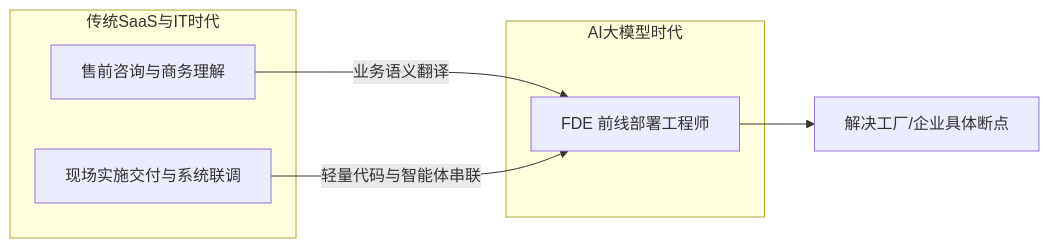
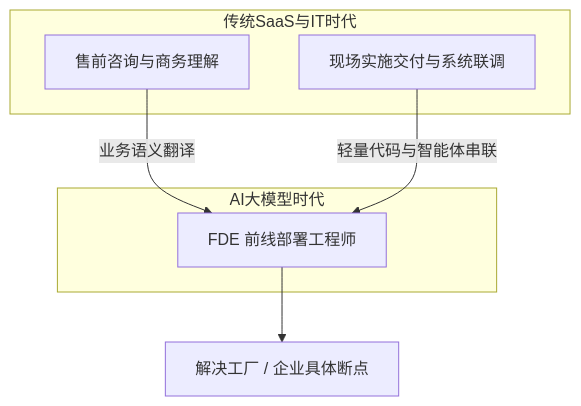
Before and after one commit to dollarser/knowledge: the first of 2 diagrams in content/live-20261102-01.md, drawn with Mermaid. The commit also changed 7 other files, not shown here.

Commit message:
style: convert horizontal LR mermaid diagrams to vertical TD for readable text on all screens

````diff
--- a/content/live-20261102-01.md
+++ b/content/live-20261102-01.md
@@ -11,13 +11,13 @@
 ```mermaid
-flowchart LR
+flowchart TD
     subgraph 传统SaaS与IT时代
-        A1[售前咨询与商务理解] 
-        A2[现场实施交付与系统联调]
+        A1["售前咨询与商务理解"] 
+        A2["现场实施交付与系统联调"]
     end
     subgraph AI大模型时代
-        B[FDE 前线部署工程师]
+        B["FDE 前线部署工程师"]
     end
     A1 -->|业务语义翻译| B
     A2 -->|轻量代码与智能体串联| B
-    B --> C[解决工厂/企业具体断点]
+    B --> C["解决工厂 / 企业具体断点"]
 ```
````
